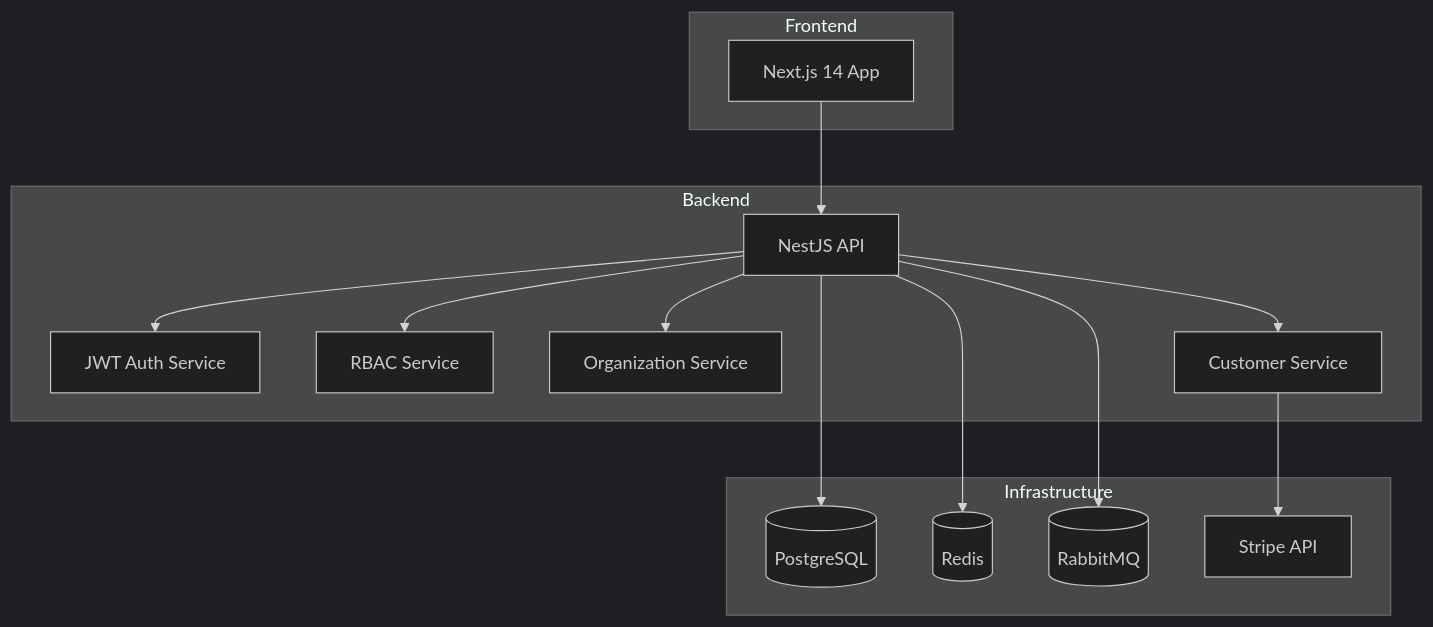
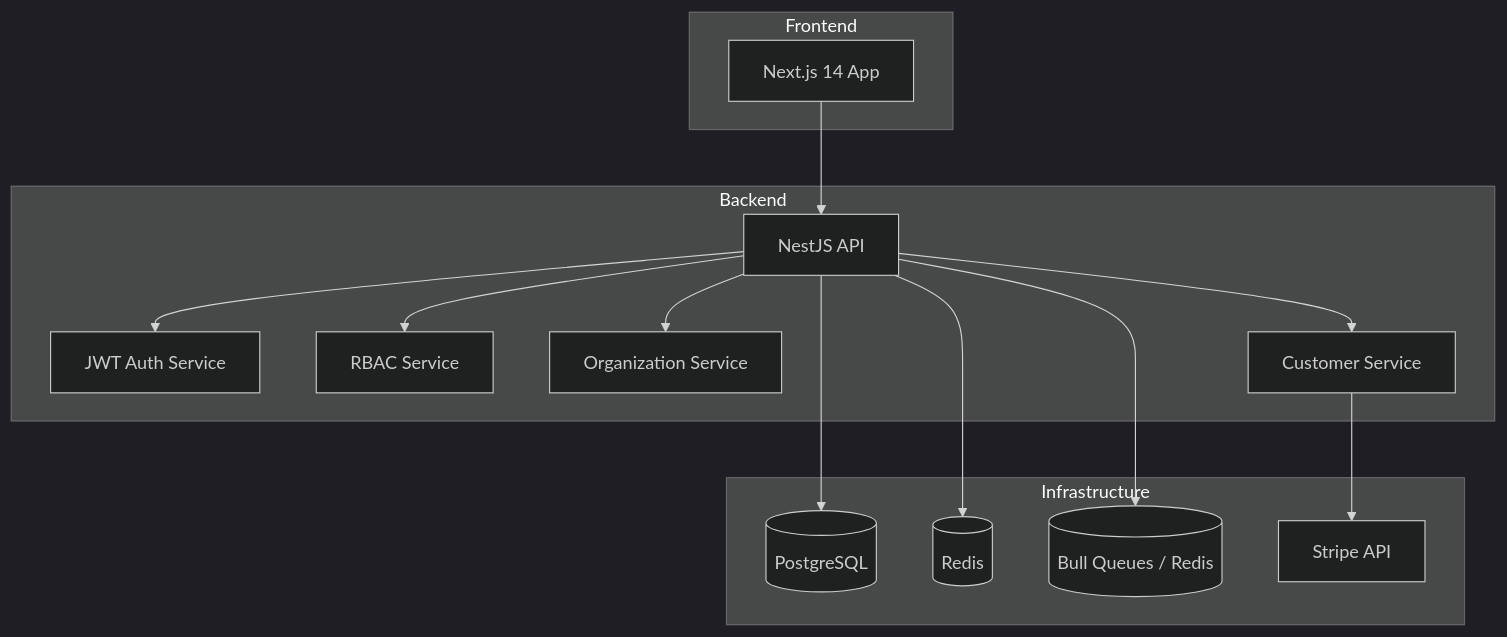
Before and after one commit to m1hamuha/SaaS-platform-CRM-ERP-: the diagram in README.md, drawn with Mermaid (dark theme). The commit also changed other lines of this file, not shown here.

````diff
--- a/README.md
+++ b/README.md
@@ -24,31 +30,31 @@
 ```mermaid
 graph TB
     subgraph "Frontend"
         FE[Next.js 14 App]
     end
     
     subgraph "Backend"
         API[NestJS API]
         Auth[JWT Auth Service]
         RBAC[RBAC Service]
         Org[Organization Service]
         Cust[Customer Service]
     end
     
     subgraph "Infrastructure"
         DB[(PostgreSQL)]
         Cache[(Redis)]
-        MQ[(RabbitMQ)]
+        MQ[(Bull Queues / Redis)]
         Stripe[Stripe API]
     end
     
     FE --> API
     API --> Auth
     API --> RBAC
     API --> Org
     API --> Cust
     API --> DB
     API --> Cache
     API --> MQ
     Cust --> Stripe
 ```
````
